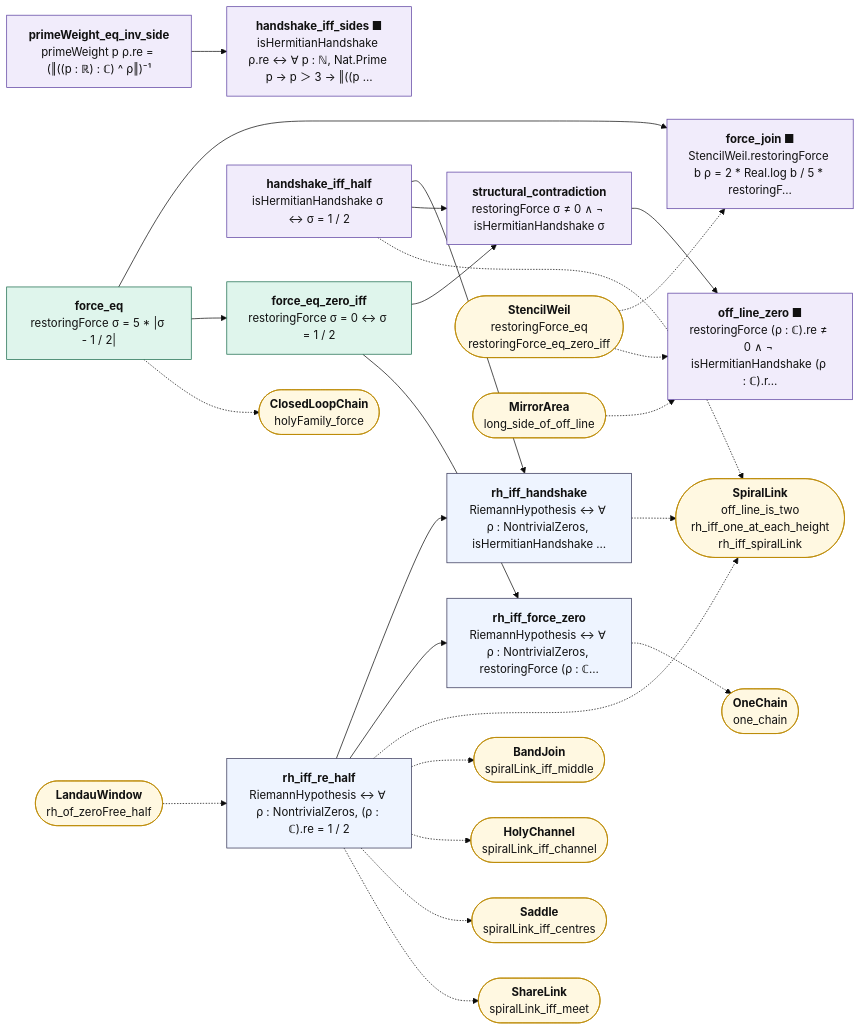
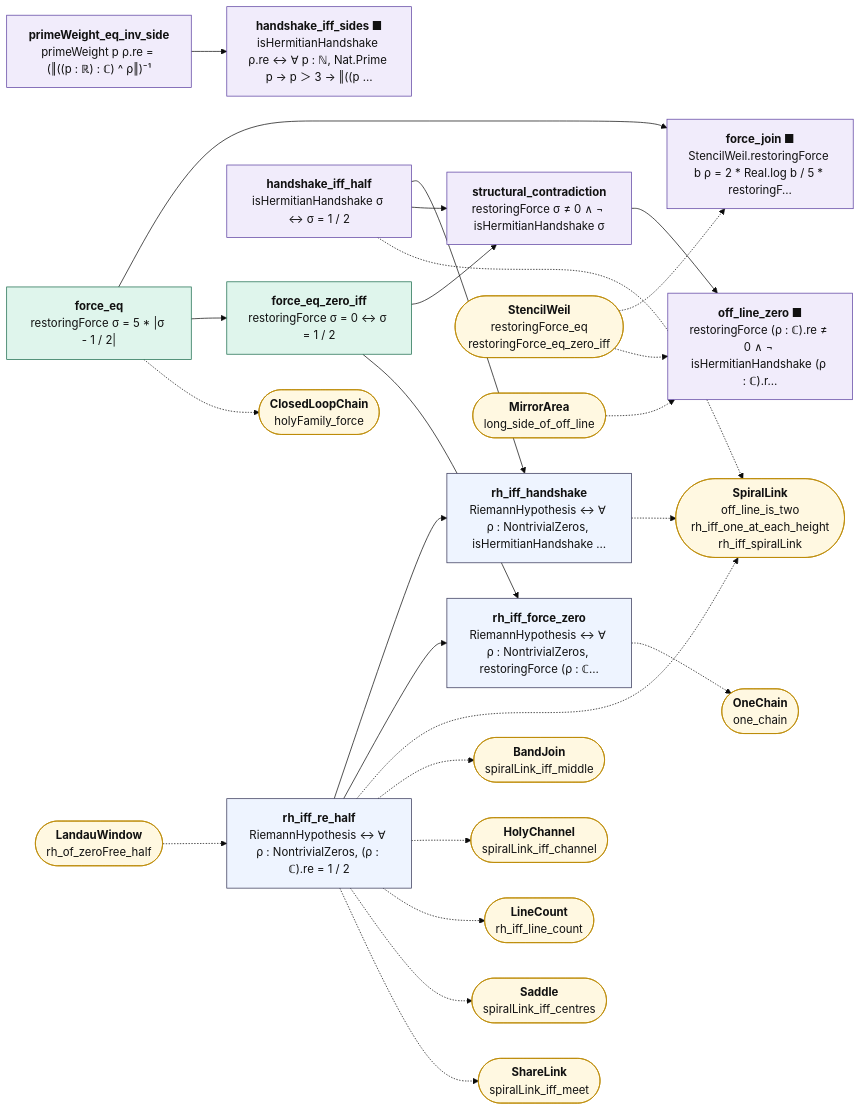
Before and after one commit to juliansambranojr/Primebeat_081426: the diagram in map/lean_stage3/ClosedLoopJoin.mmd, drawn with Mermaid (base theme). The commit also changed 15 other files, not shown here.

```diff
--- a/map/lean_stage3/ClosedLoopJoin.mmd
+++ b/map/lean_stage3/ClosedLoopJoin.mmd
@@ -1,53 +1,55 @@
 flowchart LR
   n0["<b>force_eq</b><br/>restoringForce σ = 5 * |σ - 1 / 2|"]:::cnt
   n1["<b>force_join ■</b><br/>StencilWeil.restoringForce b ρ = 2 * Real.log b / 5 * restoringF…"]:::shp
   n2["<b>force_eq_zero_iff</b><br/>restoringForce σ = 0 ↔ σ = 1 / 2"]:::cnt
   n3["<b>primeWeight_eq_inv_side</b><br/>primeWeight p ρ.re = (‖((p : ℝ) : ℂ) ^ ρ‖)⁻¹"]:::shp
   n4["<b>handshake_iff_sides ■</b><br/>isHermitianHandshake ρ.re ↔ ∀ p : ℕ, Nat.Prime p → p ＞ 3 → ‖((p …"]:::shp
   n5["<b>handshake_iff_half</b><br/>isHermitianHandshake σ ↔ σ = 1 / 2"]:::shp
   n6["<b>structural_contradiction</b><br/>restoringForce σ ≠ 0 ∧ ¬ isHermitianHandshake σ"]:::shp
   n7["<b>off_line_zero ■</b><br/>restoringForce (ρ : ℂ).re ≠ 0 ∧ ¬ isHermitianHandshake (ρ : ℂ).r…"]:::shp
   n8["<b>rh_iff_re_half</b><br/>RiemannHypothesis ↔ ∀ ρ : NontrivialZeros, (ρ : ℂ).re = 1 / 2"]:::thm
   n9["<b>rh_iff_force_zero</b><br/>RiemannHypothesis ↔ ∀ ρ : NontrivialZeros, restoringForce (ρ : ℂ…"]:::thm
   n10["<b>rh_iff_handshake</b><br/>RiemannHypothesis ↔ ∀ ρ : NontrivialZeros, isHermitianHandshake …"]:::thm
   x0(["<b>ClosedLoopChain</b><br/>holyFamily_force"]):::ext
   x1(["<b>StencilWeil</b><br/>restoringForce_eq<br/>restoringForce_eq_zero_iff"]):::ext
   x2(["<b>SpiralLink</b><br/>off_line_is_two<br/>rh_iff_one_at_each_height<br/>rh_iff_spiralLink"]):::ext
   x3(["<b>MirrorArea</b><br/>long_side_of_off_line"]):::ext
   x4(["<b>LandauWindow</b><br/>rh_of_zeroFree_half"]):::ext
   x5(["<b>BandJoin</b><br/>spiralLink_iff_middle"]):::ext
   x6(["<b>HolyChannel</b><br/>spiralLink_iff_channel"]):::ext
-  x7(["<b>Saddle</b><br/>spiralLink_iff_centres"]):::ext
-  x8(["<b>ShareLink</b><br/>spiralLink_iff_meet"]):::ext
-  x9(["<b>OneChain</b><br/>one_chain"]):::ext
+  x7(["<b>LineCount</b><br/>rh_iff_line_count"]):::ext
+  x8(["<b>Saddle</b><br/>spiralLink_iff_centres"]):::ext
+  x9(["<b>ShareLink</b><br/>spiralLink_iff_meet"]):::ext
+  x10(["<b>OneChain</b><br/>one_chain"]):::ext
   n0 --> n1
   n0 --> n2
   n2 --> n6
   n2 --> n9
   n3 --> n4
   n5 --> n10
   n5 --> n6
   n6 --> n7
   n8 --> n10
   n8 --> n9
   n0 -.-> x0
   n10 -.-> x2
   n5 -.-> x2
   n8 -.-> x2
   n8 -.-> x5
   n8 -.-> x6
   n8 -.-> x7
   n8 -.-> x8
-  n9 -.-> x9
+  n8 -.-> x9
+  n9 -.-> x10
   x1 -.-> n1
   x1 -.-> n7
   x3 -.-> n7
   x4 -.-> n8
   classDef cnt fill:#dff5ec,stroke:#17694a,color:#111
   classDef shp fill:#f1ecfb,stroke:#5b3fa0,color:#111
   classDef rh fill:#ffe5e5,stroke:#c22,color:#111,stroke-width:2px
   classDef thm fill:#eef4ff,stroke:#335,color:#111
   classDef end_ fill:#e7f7e7,stroke:#2a7,color:#111,stroke-width:2px
   classDef lone fill:#fff,stroke:#999,color:#111,stroke-dasharray:4 3
   classDef bad fill:#ffe5e5,stroke:#c22,color:#111,stroke-width:2px
   classDef ext fill:#fff8e1,stroke:#b80,color:#111
```
